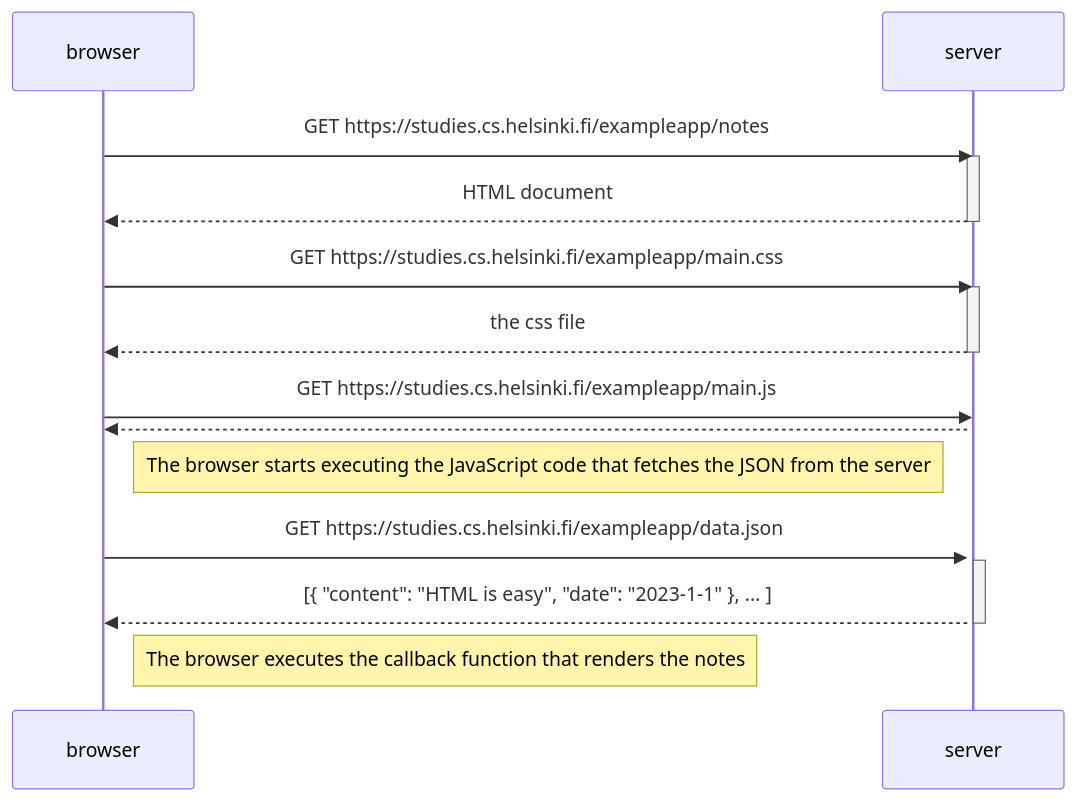
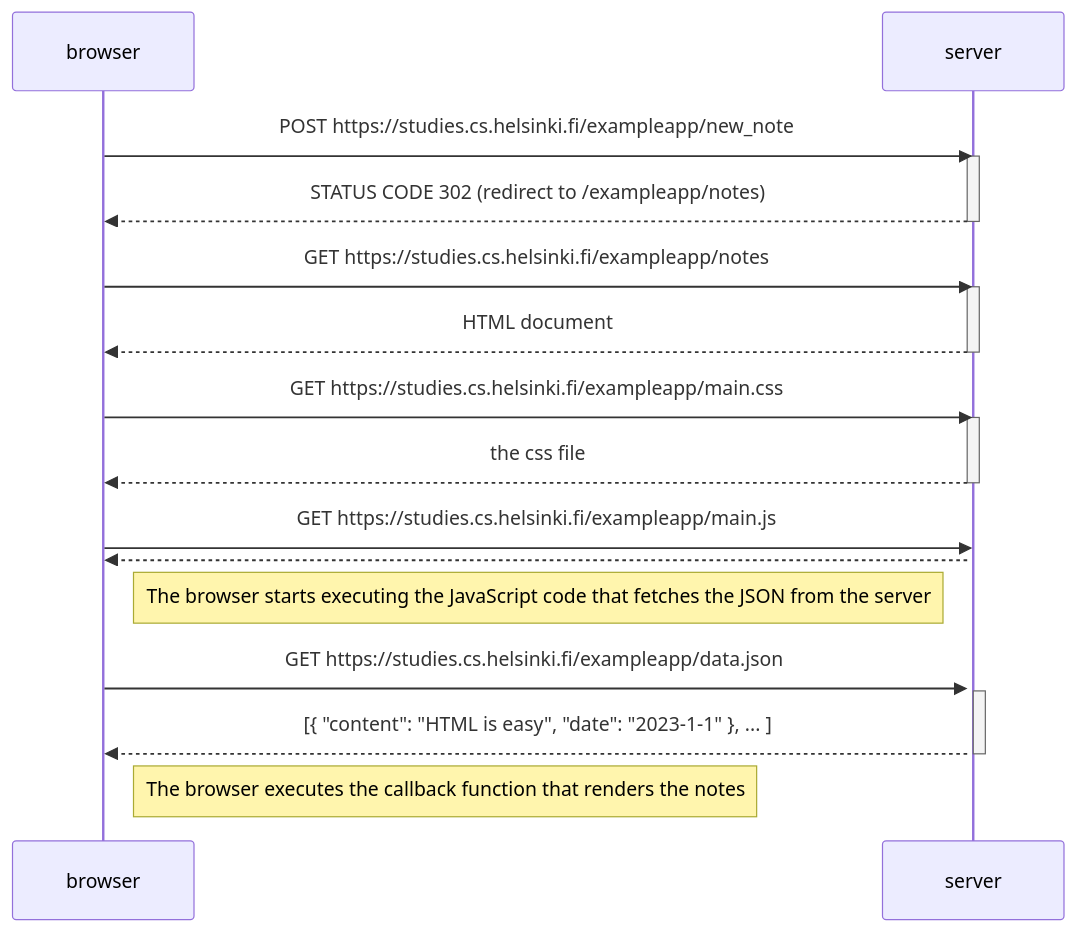
One commit to akpnim/part_0_FSO changed the diagram in part0_4.md. Above: the diagram before and after it, drawn with Mermaid.

````diff
--- a/part0_4.md
+++ b/part0_4.md
@@ -1,28 +1,33 @@
 ```mermaid
 sequenceDiagram
     participant browser
     participant server
+
+    browser->>server: POST https://studies.cs.helsinki.fi/exampleapp/new_note
+    activate server
+    server-->>browser: STATUS CODE 302 (redirect to /exampleapp/notes)
+    deactivate server
 
     browser->>server: GET https://studies.cs.helsinki.fi/exampleapp/notes
     activate server
     server-->>browser: HTML document
     deactivate server
 
     browser->>server: GET https://studies.cs.helsinki.fi/exampleapp/main.css
     activate server
     server-->>browser: the css file
     deactivate server
 
     browser->>server: GET https://studies.cs.helsinki.fi/exampleapp/main.js
     activate server
     server-->>browser: 
     
     Note right of browser: The browser starts executing the JavaScript code that fetches the JSON from the server
 
     browser->>server: GET https://studies.cs.helsinki.fi/exampleapp/data.json
     activate server
     server-->>browser: [{ "content": "HTML is easy", "date": "2023-1-1" }, ... ]
     deactivate server
 
     Note right of browser: The browser executes the callback function that renders the notes
 ```
````
